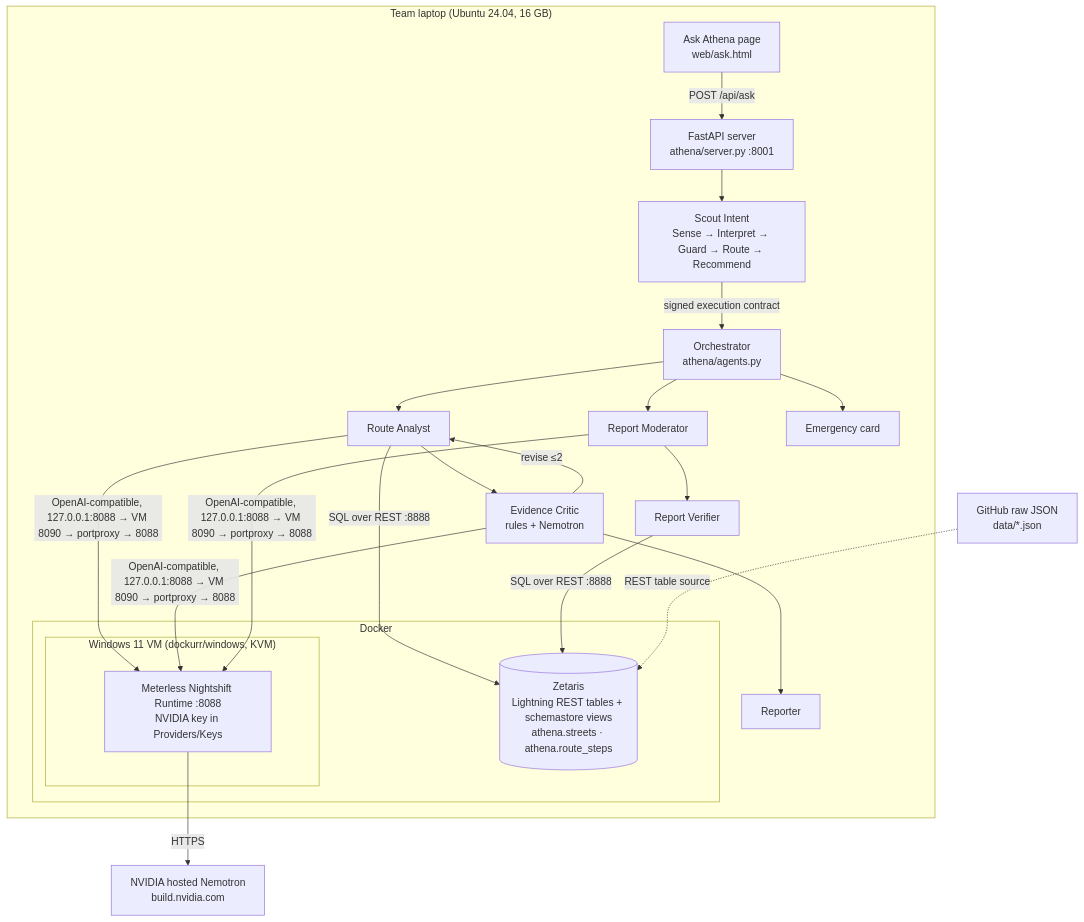
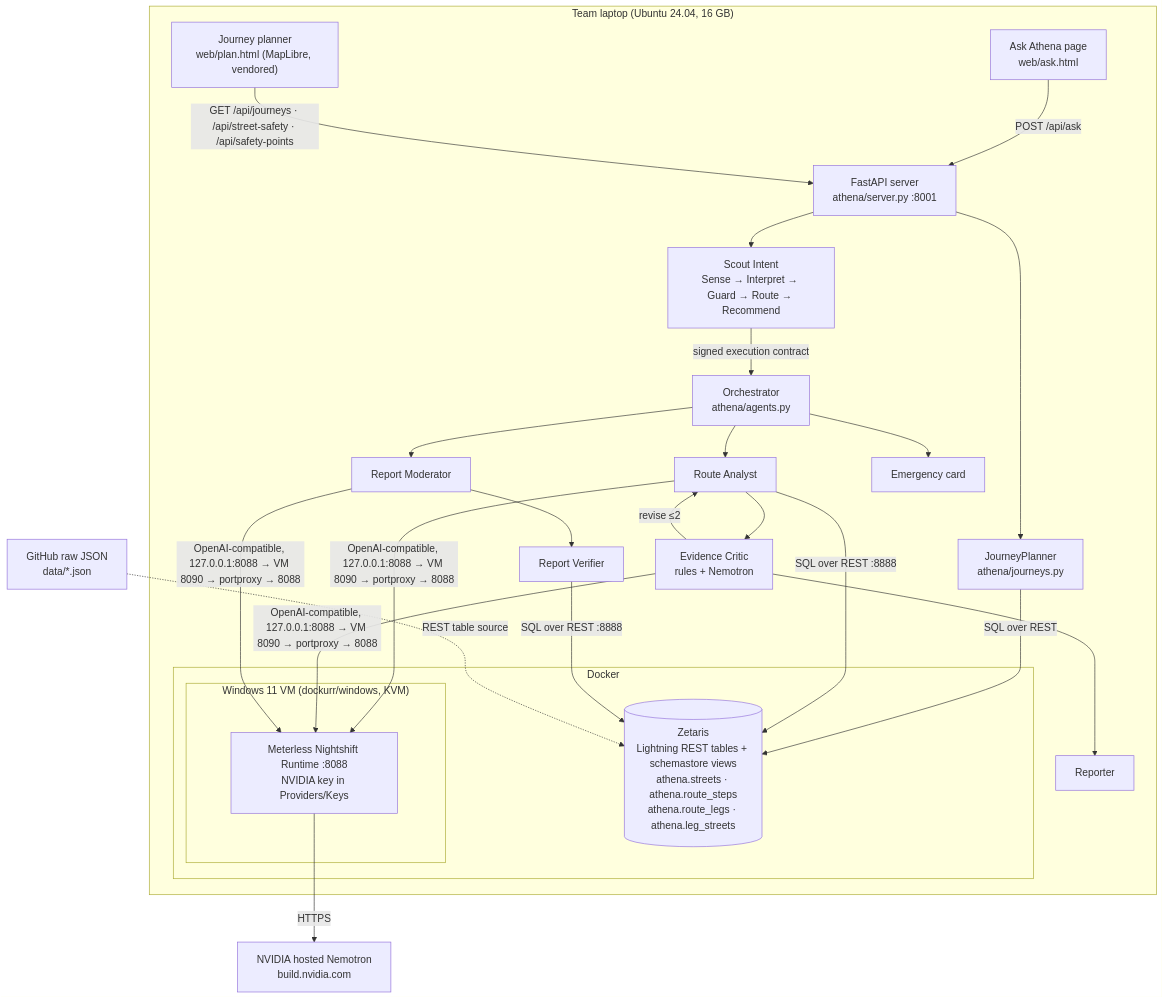
The diagram in docs/submission/03_architecture.md (shuruthy24/Athena), drawn with Mermaid before and after one commit. The commit also changed other lines of this file and 24 other files, not shown here.

First line of the commit message:
Journey planner: map UI, safety-aware route options, help locations

````diff
--- a/docs/submission/03_architecture.md
+++ b/docs/submission/03_architecture.md
@@ -4,23 +4,26 @@
 ```mermaid
 flowchart TB
   subgraph Laptop["Team laptop (Ubuntu 24.04, 16 GB)"]
     UI["Ask Athena page<br/>web/ask.html"] -->|POST /api/ask| API["FastAPI server<br/>athena/server.py :8001"]
+    PL["Journey planner<br/>web/plan.html (MapLibre, vendored)"] -->|GET /api/journeys · /api/street-safety · /api/safety-points| API
+    API --> JP["JourneyPlanner<br/>athena/journeys.py"]
+    JP -->|SQL over REST| Z
     API --> SC["Scout Intent<br/>Sense → Interpret → Guard → Route → Recommend"]
     SC -->|signed execution contract| ORCH["Orchestrator<br/>athena/agents.py"]
     ORCH --> AN["Route Analyst"] --> CR["Evidence Critic<br/>rules + Nemotron"]
     CR -->|revise ≤2| AN
     CR --> REP["Reporter"]
     ORCH --> MOD["Report Moderator"] --> VER["Report Verifier"]
     ORCH --> EM["Emergency card"]
     subgraph Docker["Docker"]
-      Z[("Zetaris<br/>Lightning REST tables + schemastore views<br/>athena.streets · athena.route_steps")]
+      Z[("Zetaris<br/>Lightning REST tables + schemastore views<br/>athena.streets · athena.route_steps<br/>athena.route_legs · athena.leg_streets")]
       subgraph VM["Windows 11 VM (dockurr/windows, KVM)"]
         NS["Meterless Nightshift Runtime :8088<br/>NVIDIA key in Providers/Keys"]
       end
     end
     AN & VER -->|SQL over REST :8888| Z
     AN & CR & MOD -->|OpenAI-compatible, 127.0.0.1:8088 → VM 8090 → portproxy → 8088| NS
   end
   NS -->|HTTPS| NV["NVIDIA hosted Nemotron<br/>build.nvidia.com"]
   GH["GitHub raw JSON<br/>data/*.json"] -.->|REST table source| Z
 ```
````
